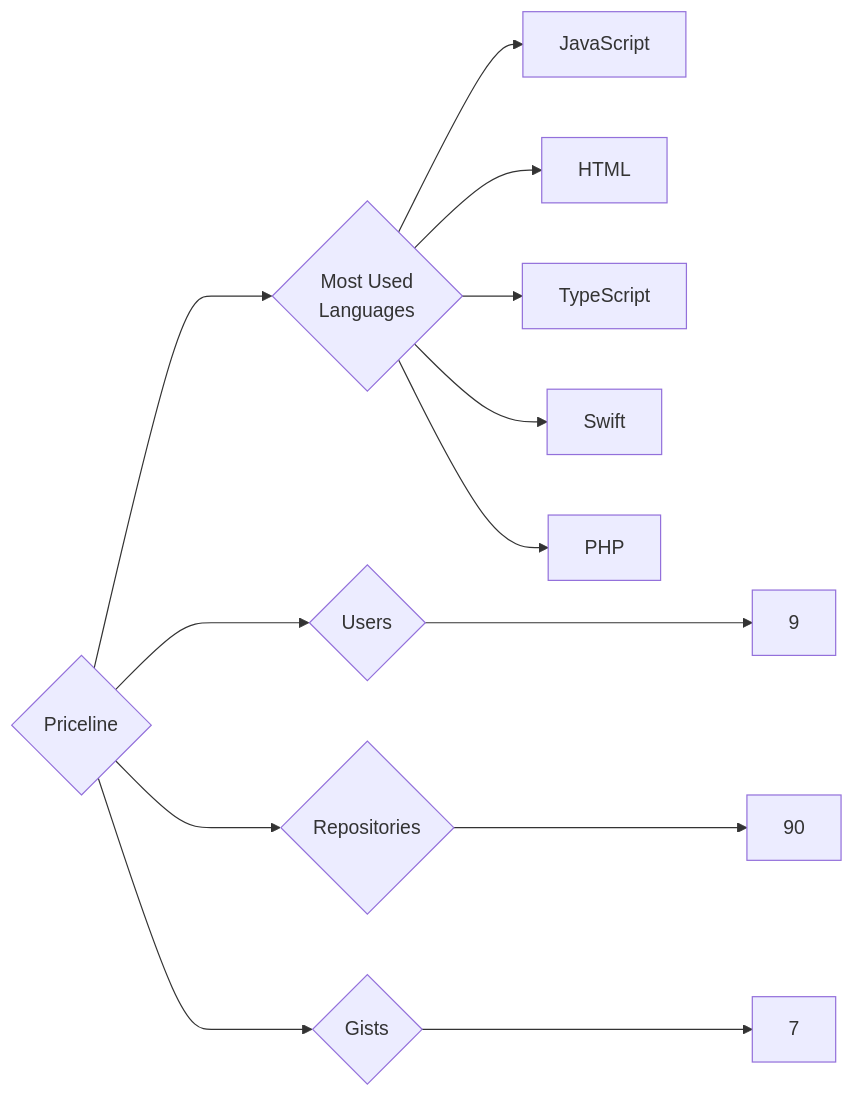
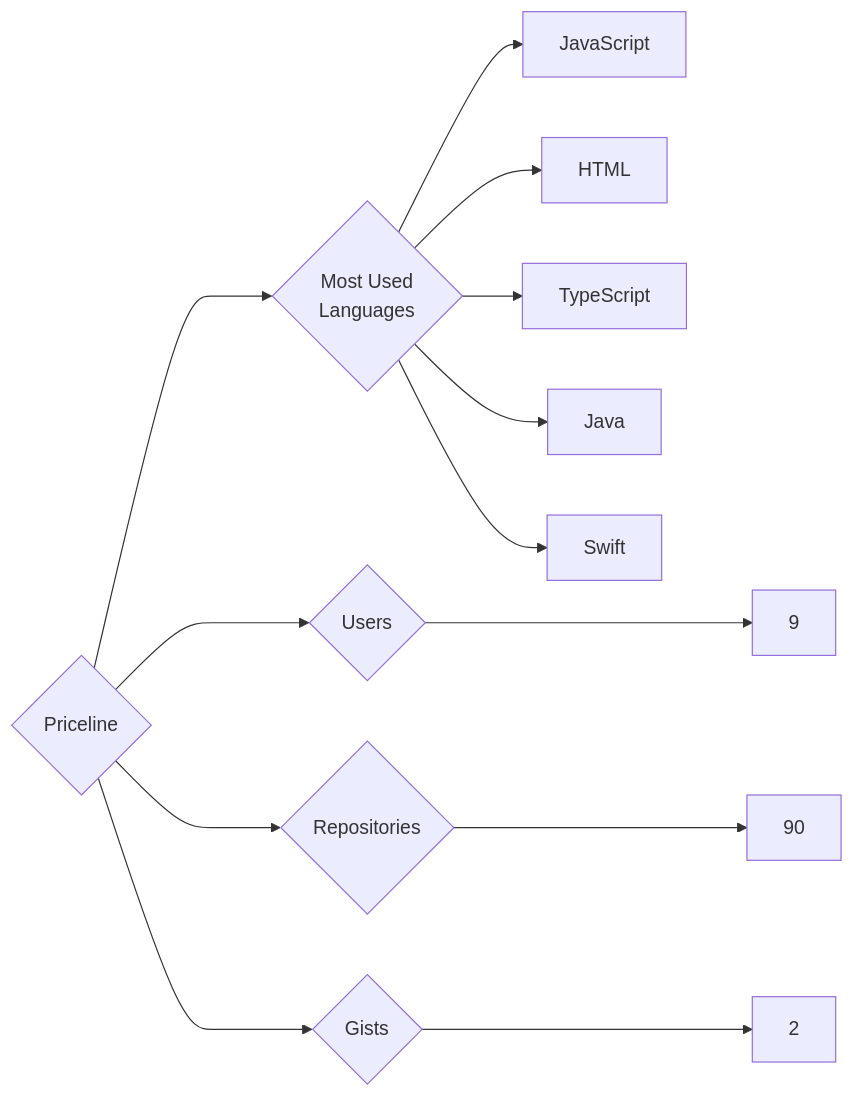
The diagram in targets/Priceline/README.md (trickest/insiders), drawn with Mermaid before and after one commit. The commit also changed 1389 other files, not shown here.

````diff
--- a/targets/Priceline/README.md
+++ b/targets/Priceline/README.md
@@ -3,13 +3,13 @@
 ```mermaid
 graph LR
 COMPANY_NAME{Priceline}
 COMPANY_NAME ---> U{Users} ---> UN[9]
 COMPANY_NAME ---> R{Repositories} ---> RN[90]
-COMPANY_NAME ---> G{Gists} ---> GN[7]
+COMPANY_NAME ---> G{Gists} ---> GN[2]
 COMPANY_NAME ---> ML{Most Used<br>Languages}
 ML --> JavaScript[JavaScript]
 ML --> HTML[HTML]
 ML --> TypeScript[TypeScript]
+ML --> Java[Java]
 ML --> Swift[Swift]
-ML --> PHP[PHP]
 ```
````
